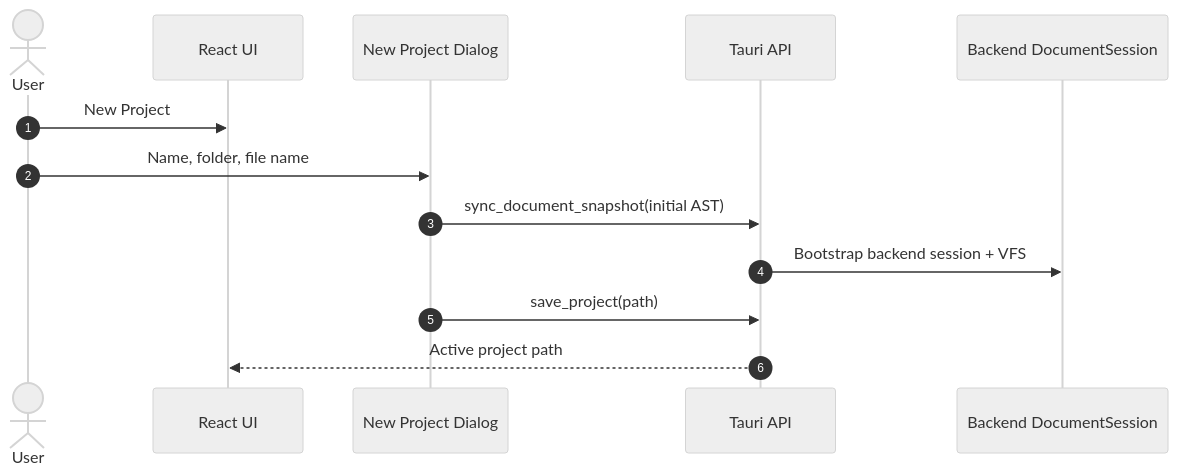
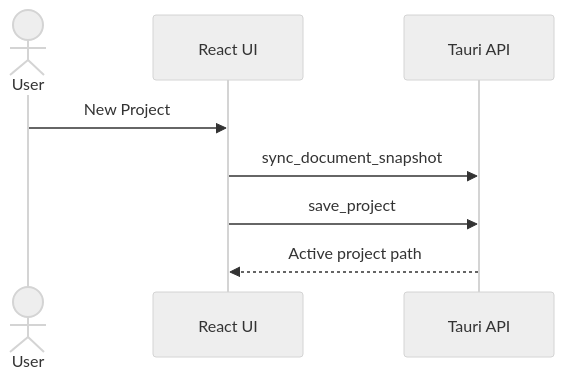
Before and after one commit to andmoreduro/ergo: the third of 10 diagrams in context/sequence-diagrams.md, drawn with Mermaid (neutral theme). The commit also changed other lines of this file and 372 other files, not shown here.

````diff
--- a/context/sequence-diagrams.md
+++ b/context/sequence-diagrams.md
@@ -80,17 +63,10 @@
 ```mermaid
 sequenceDiagram
-    autonumber
-
     actor User
     participant UI as React UI
-    participant Dialog as New Project Dialog
     participant API as Tauri API
-    participant Session as Backend DocumentSession
-
     User->>UI: New Project
-    User->>Dialog: Name, folder, file name
-    Dialog->>API: sync_document_snapshot(initial AST)
-    API->>Session: Bootstrap backend session + VFS
-    Dialog->>API: save_project(path)
+    UI->>API: sync_document_snapshot
+    UI->>API: save_project
     API-->>UI: Active project path
 ```
````
